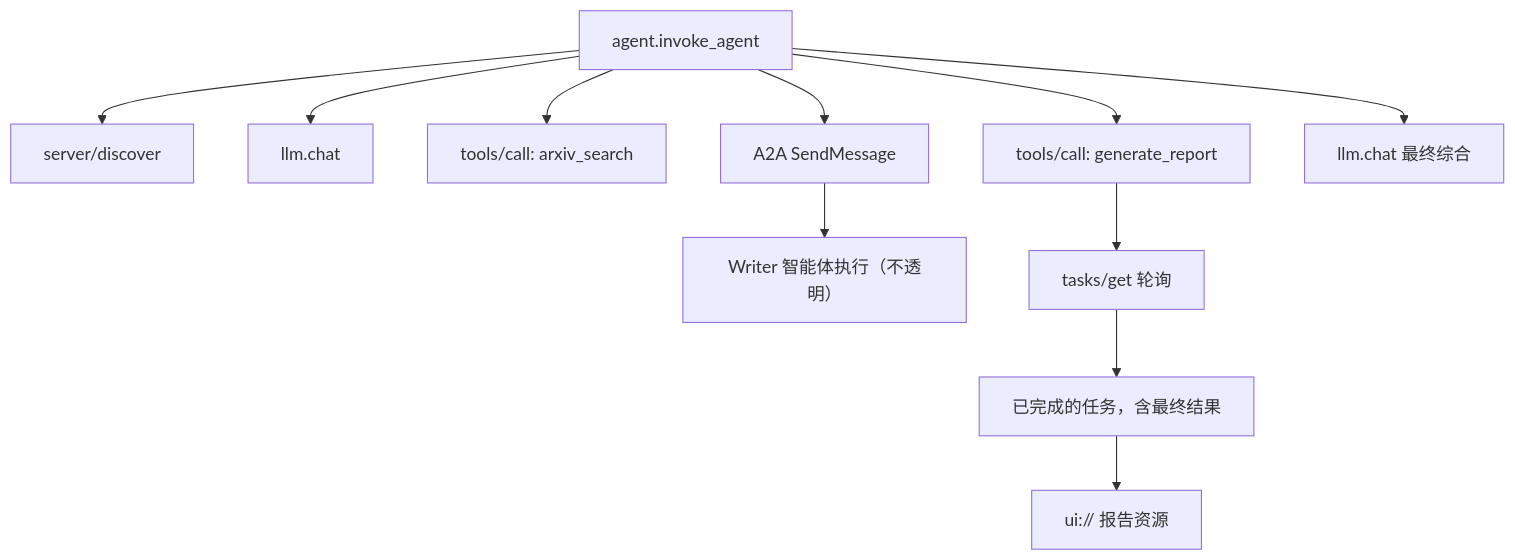
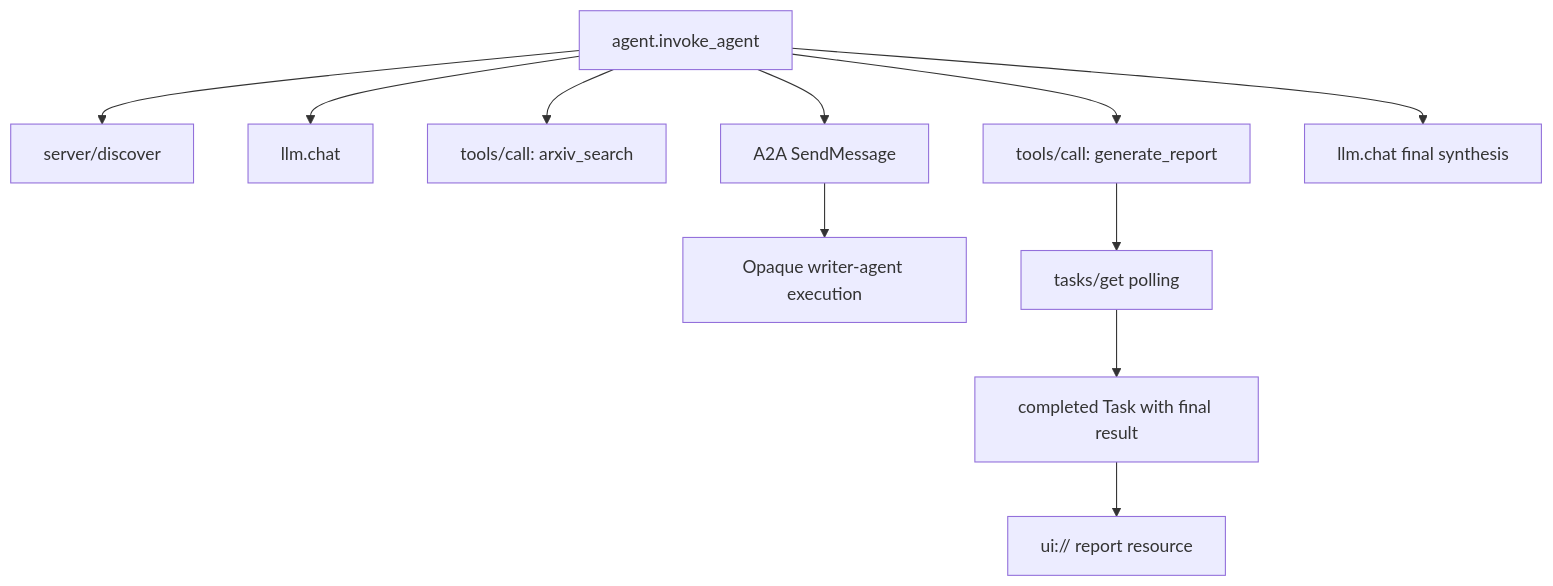
One commit to xiaojiaenen/ai-engineering-from-scratch-zh changed the second of 3 diagrams in i18n/zh/phases/13-tools-and-protocols/23-capstone-tool-ecosystem/docs/zh.md. Above: the diagram before and after it, drawn with Mermaid. The commit also changed other lines of this file and 31 other files, not shown here.

````diff
--- a/i18n/zh/phases/13-tools-and-protocols/23-capstone-tool-ecosystem/docs/zh.md
+++ b/i18n/zh/phases/13-tools-and-protocols/23-capstone-tool-ecosystem/docs/zh.md
@@ -62,13 +62,13 @@
 ```mermaid
 flowchart TD
   I[agent.invoke_agent] --> SD[server/discover]
   I --> L1[llm.chat]
   I --> S[tools/call: arxiv_search]
   I --> D[A2A SendMessage]
-  D --> X[Writer 智能体执行（不透明）]
+  D --> X[Opaque writer-agent execution]
   I --> G[tools/call: generate_report]
-  G --> K[tasks/get 轮询]
-  K --> V[已完成的任务，含最终结果]
-  V --> UI[ui:// 报告资源]
-  I --> L2[llm.chat 最终综合]
+  G --> K[tasks/get polling]
+  K --> V[completed Task with final result]
+  V --> UI[ui:// report resource]
+  I --> L2[llm.chat final synthesis]
 ```
````
